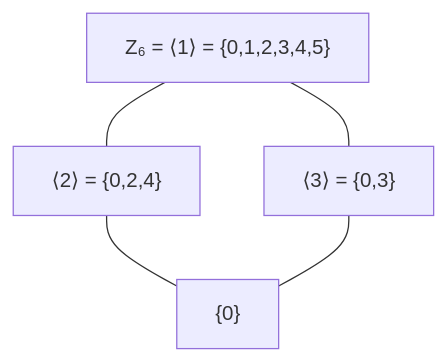
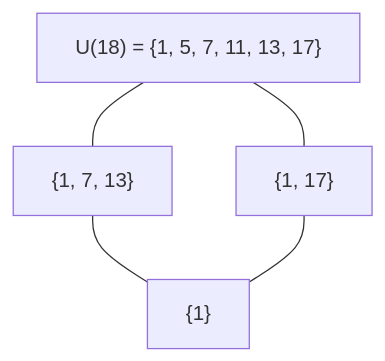
The first of 5 diagrams in classes/07/slides.qmd (gwb-ci/math393), drawn with Mermaid before and after one commit. The commit also changed other lines of this file and 41 other files, not shown here.

````diff
--- a/classes/07/slides.qmd
+++ b/classes/07/slides.qmd
@@ -95,12 +135,20 @@
 ```{mermaid}
+
 flowchart TB
-    Z6["Z₆ = ⟨1⟩ = {0,1,2,3,4,5}"]
-    H2["⟨2⟩ = {0,2,4}"]
-    H3["⟨3⟩ = {0,3}"]
-    E["{0}"]
 
-    Z6 --- H2
-    Z6 --- H3
+    U["U(18) = {1, 5, 7, 11, 13, 17}"]
+
+    H3["{1, 7, 13}"]
+
+    H2["{1, 17}"]
+
+    E["{1}"]
+
+    U --- H3
+
+    U --- H2
+
+    H3 --- E
+
     H2 --- E
-    H3 --- E
 ```
````
